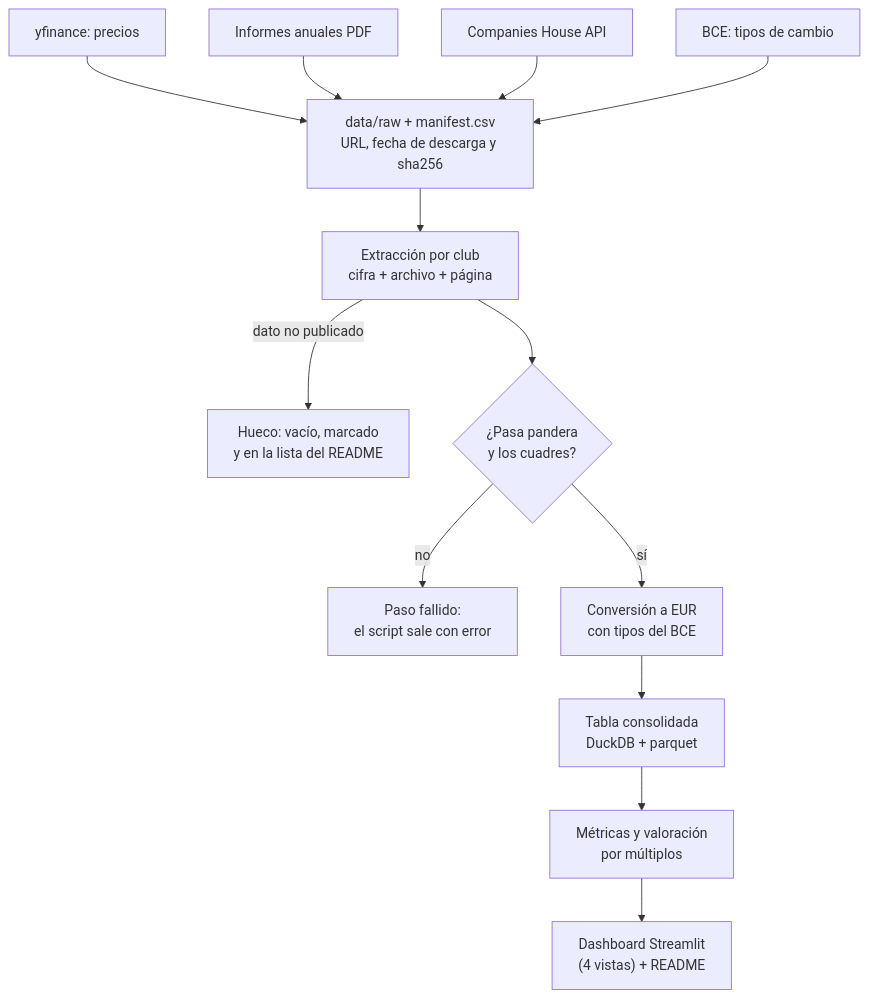
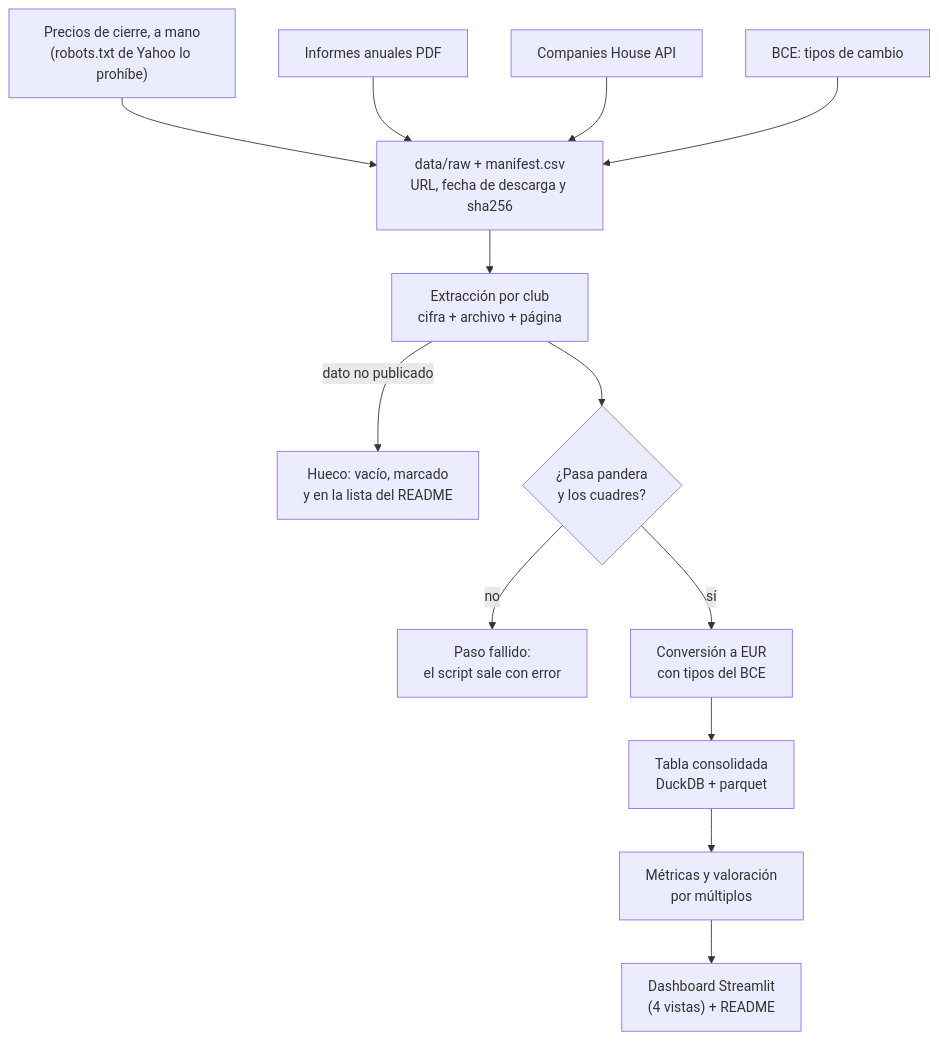
Before and after one commit to miguelangelcasasnovas-droid/pitch-to-balance-sheet: the diagram in docs/plan.md, drawn with Mermaid. The commit also changed other lines of this file and 18 other files, not shown here.

First line of the commit message:
Fuera yfinance: precios de mercado a mano, con su fuente por fila

````diff
--- a/docs/plan.md
+++ b/docs/plan.md
@@ -84,16 +84,16 @@
 ```mermaid
 flowchart TD
     R["data/raw + manifest.csv<br/>URL, fecha de descarga y sha256"]
-    A["yfinance: precios"] --> R
+    A["Precios de cierre, a mano<br/>(robots.txt de Yahoo lo prohíbe)"] --> R
     B["Informes anuales PDF"] --> R
     C["Companies House API"] --> R
     D["BCE: tipos de cambio"] --> R
     R --> E["Extracción por club<br/>cifra + archivo + página"]
     E -- "dato no publicado" --> G["Hueco: vacío, marcado<br/>y en la lista del README"]
     E --> V{"¿Pasa pandera<br/>y los cuadres?"}
     V -- "no" --> F["Paso fallido:<br/>el script sale con error"]
     V -- "sí" --> X["Conversión a EUR<br/>con tipos del BCE"]
     X --> T["Tabla consolidada<br/>DuckDB + parquet"]
     T --> M["Métricas y valoración<br/>por múltiplos"]
     M --> S["Dashboard Streamlit<br/>(4 vistas) + README"]
 ```
````
